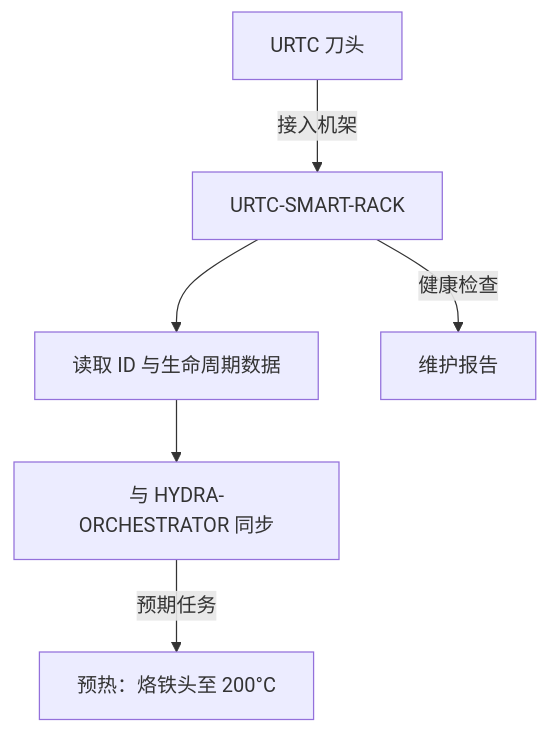
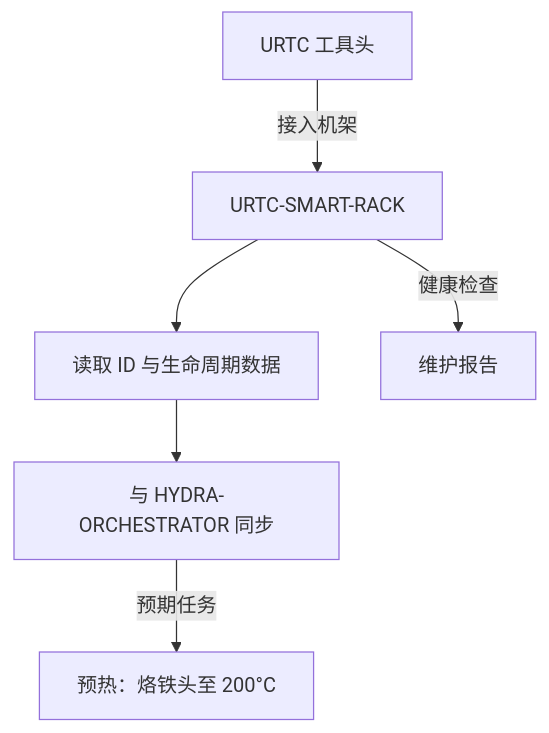
One commit to JuanenRac/URTC-SMART-RACK changed the diagram in README_zho.md. Above: the diagram before and after it, drawn with Mermaid. The commit also changed other lines of this file, not shown here.

Commit message:
Use one Chinese term for tool heads in the README

````diff
--- a/README_zho.md
+++ b/README_zho.md
@@ -95,8 +95,8 @@
 ```mermaid
 flowchart TB
-    TOOL["URTC 刀头"] -- 接入机架 --> RACK["URTC-SMART-RACK"]
+    TOOL["URTC 工具头"] -- 接入机架 --> RACK["URTC-SMART-RACK"]
     RACK --> IDENT["读取 ID 与生命周期数据"]
     IDENT --> SYNC["与 HYDRA-ORCHESTRATOR 同步"]
     SYNC -- 预期任务 --> HEAT["预热：烙铁头至 200°C"]
     RACK -- 健康检查 --> LOG["维护报告"]
 ```
````
